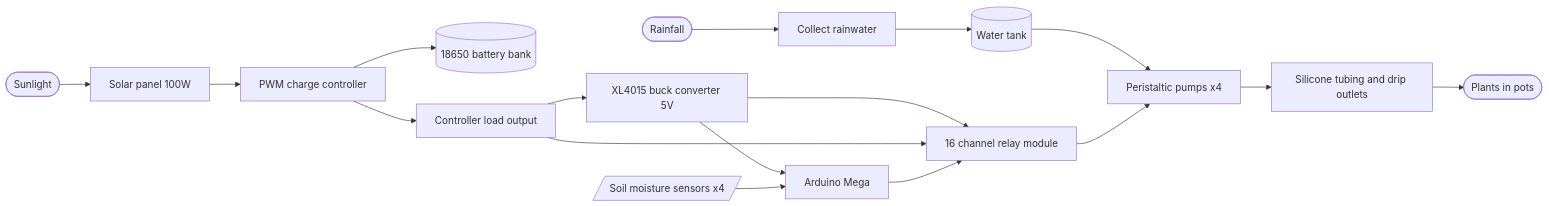
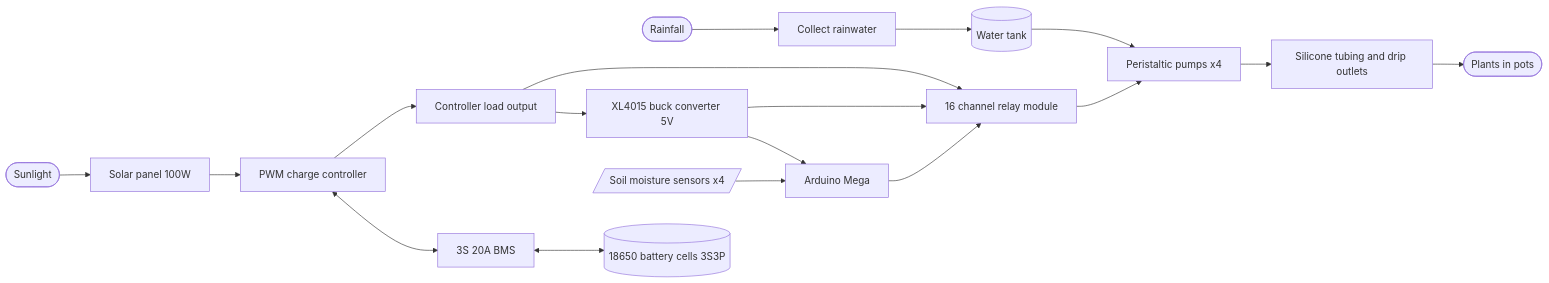
Before and after one commit to jayfourjavier/RAINROOT: the second of 2 diagrams in README.md, drawn with Mermaid. The commit also changed other lines of this file and 19 other files, not shown here.

````diff
--- a/README.md
+++ b/README.md
@@ -54,20 +55,21 @@
 ```mermaid
 flowchart LR
     RAIN([Rainfall]) --> COLLECT[Collect rainwater]
     COLLECT --> TANK[(Water tank)]
     TANK --> PUMPS[Peristaltic pumps x4]
     PUMPS --> TUBE[Silicone tubing and drip outlets]
     TUBE --> PLANTS([Plants in pots])
 
     SUN([Sunlight]) --> SP[Solar panel 100W]
     SP --> CC[PWM charge controller]
-    CC --> BAT[(18650 battery bank)]
+    CC <--> BMS[3S 20A BMS]
+    BMS <--> BAT[(18650 battery cells 3S3P)]
     CC --> LOAD[Controller load output]
     LOAD --> BUCK[XL4015 buck converter 5V]
     BUCK --> MEGA[Arduino Mega]
     BUCK --> RLY[16 channel relay module]
     LOAD --> RLY
     SENS[/Soil moisture sensors x4/] --> MEGA
     MEGA --> RLY
     RLY --> PUMPS
 ```
````
